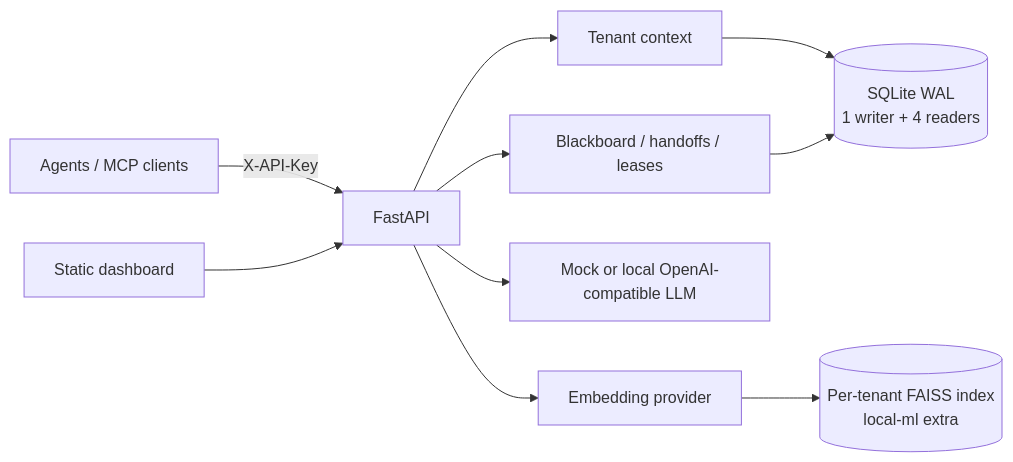
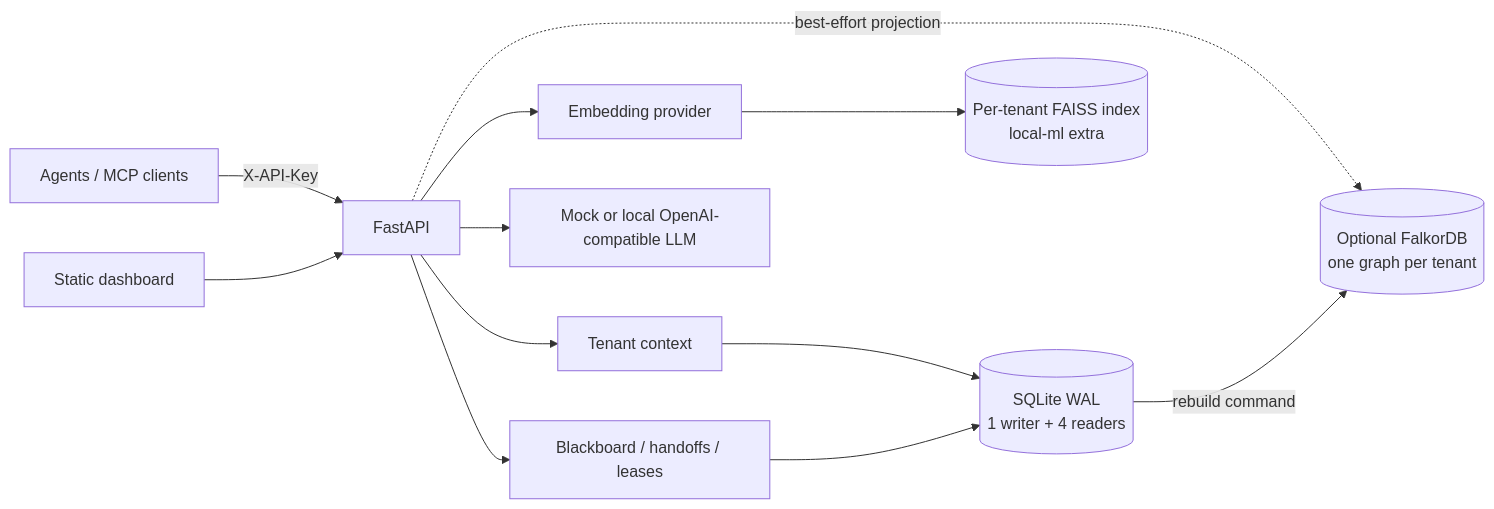
The diagram in README.md (BijayAyer/Mnemo), drawn with Mermaid before and after one commit. The commit also changed other lines of this file and 15 other files, not shown here.

Commit message:
Add optional FalkorDB graph memory backend

````diff
--- a/README.md
+++ b/README.md
@@ -7,12 +7,14 @@
 ```mermaid
 flowchart LR
 		Agents[Agents / MCP clients] -->|X-API-Key| API[FastAPI]
 		UI[Static dashboard] --> API
 		API --> Auth[Tenant context]
 		Auth --> DB[(SQLite WAL<br/>1 writer + 4 readers)]
+		API -. best-effort projection .-> Graph[(Optional FalkorDB<br/>one graph per tenant)]
+		DB -->|rebuild command| Graph
 		API --> Embed[Embedding provider]
 		Embed --> Index[(Per-tenant FAISS index<br/>local-ml extra)]
 		API --> LLM[Mock or local OpenAI-compatible LLM]
 		API --> Coordination[Blackboard / handoffs / leases]
 		Coordination --> DB
 ```
````
